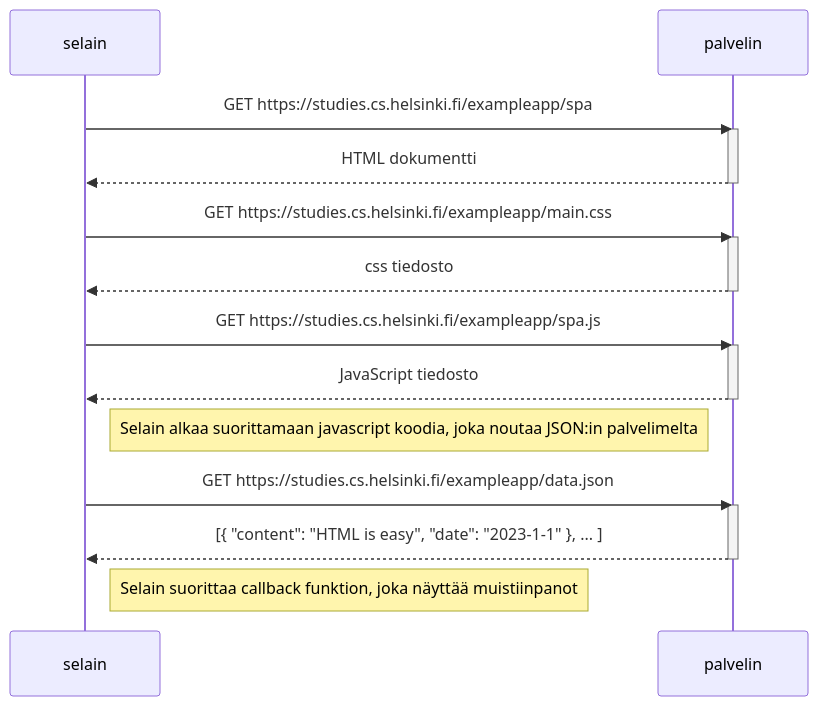
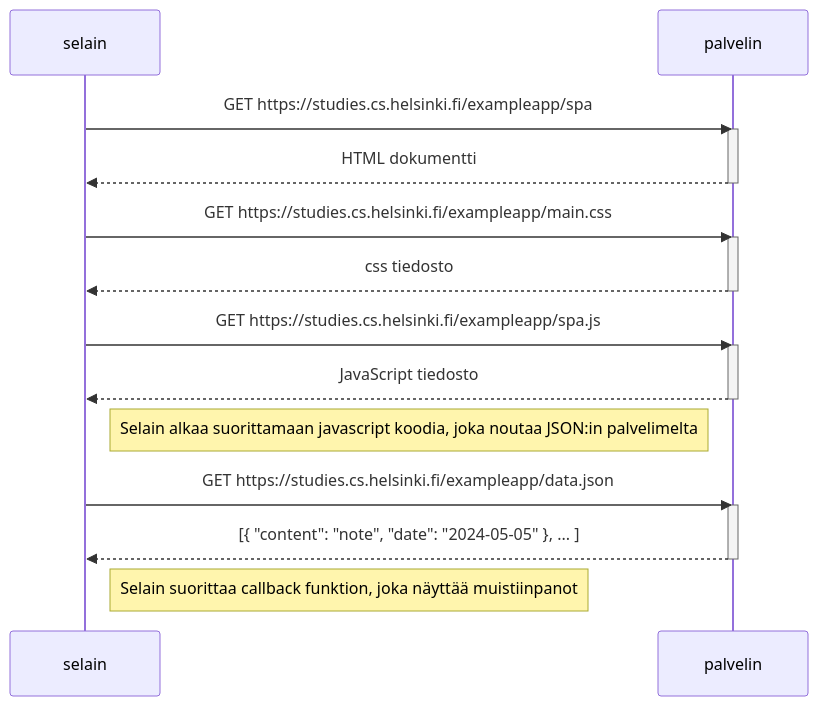
One commit to RRambo/Fullstack-Open changed the diagram in osa0/0.5: Single Page App.md. Above: the diagram before and after it, drawn with Mermaid.

Commit message:
Update 0.5: Single Page App.md

````diff
--- a/osa0/0.5: Single Page App.md
+++ b/osa0/0.5: Single Page App.md
@@ -1,29 +1,29 @@
 ```mermaid
     sequenceDiagram
         participant selain
         participant palvelin
         
 		selain->>palvelin: GET https://studies.cs.helsinki.fi/exampleapp/spa
 		activate palvelin
 		palvelin-->>selain: HTML dokumentti
 		deactivate palvelin
 	    
 		selain->>palvelin: GET https://studies.cs.helsinki.fi/exampleapp/main.css
 		activate palvelin
 		palvelin-->>selain: css tiedosto
 		deactivate palvelin
 	    
 		selain->>palvelin: GET https://studies.cs.helsinki.fi/exampleapp/spa.js
 		activate palvelin
 		palvelin-->>selain: JavaScript tiedosto
 		deactivate palvelin
 	    
 		Note right of selain: Selain alkaa suorittamaan javascript koodia, joka noutaa JSON:in palvelimelta
 	    
 		selain->>palvelin: GET https://studies.cs.helsinki.fi/exampleapp/data.json
 		activate palvelin
-		palvelin-->>selain: [{ "content": "HTML is easy", "date": "2023-1-1" }, ... ]
+		palvelin-->>selain: [{ "content": "note", "date": "2024-05-05" }, ... ]
 		deactivate palvelin    
 	
 		Note right of selain: Selain suorittaa callback funktion, joka näyttää muistiinpanot
 ```
````
